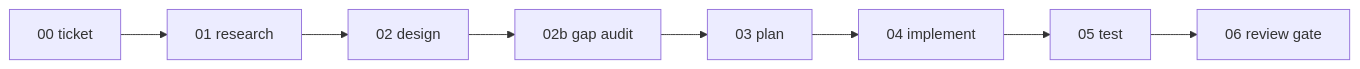
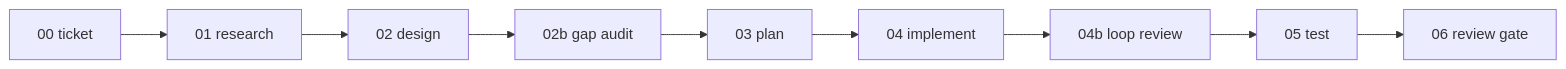
The diagram in README.md (TmsNine/tms-pipeline), drawn with Mermaid before and after one commit. The commit also changed other lines of this file and 75 other files, not shown here.

````diff
--- a/README.md
+++ b/README.md
@@ -124,5 +124,5 @@
 ```mermaid
 flowchart LR
   T["00 ticket"] --> R["01 research"] --> D["02 design"] --> G["02b gap audit"]
-  G --> P["03 plan"] --> I["04 implement"] --> TE["05 test"] --> RG["06 review gate"]
+  G --> P["03 plan"] --> I["04 implement"] --> L["04b loop review"] --> TE["05 test"] --> RG["06 review gate"]
 ```
````
